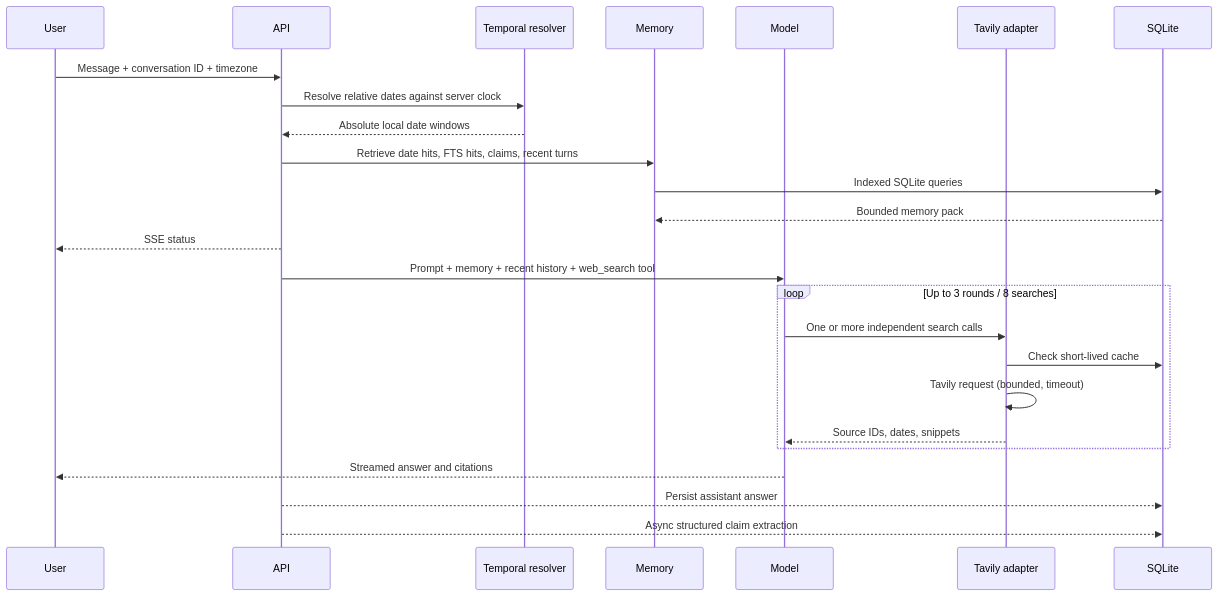
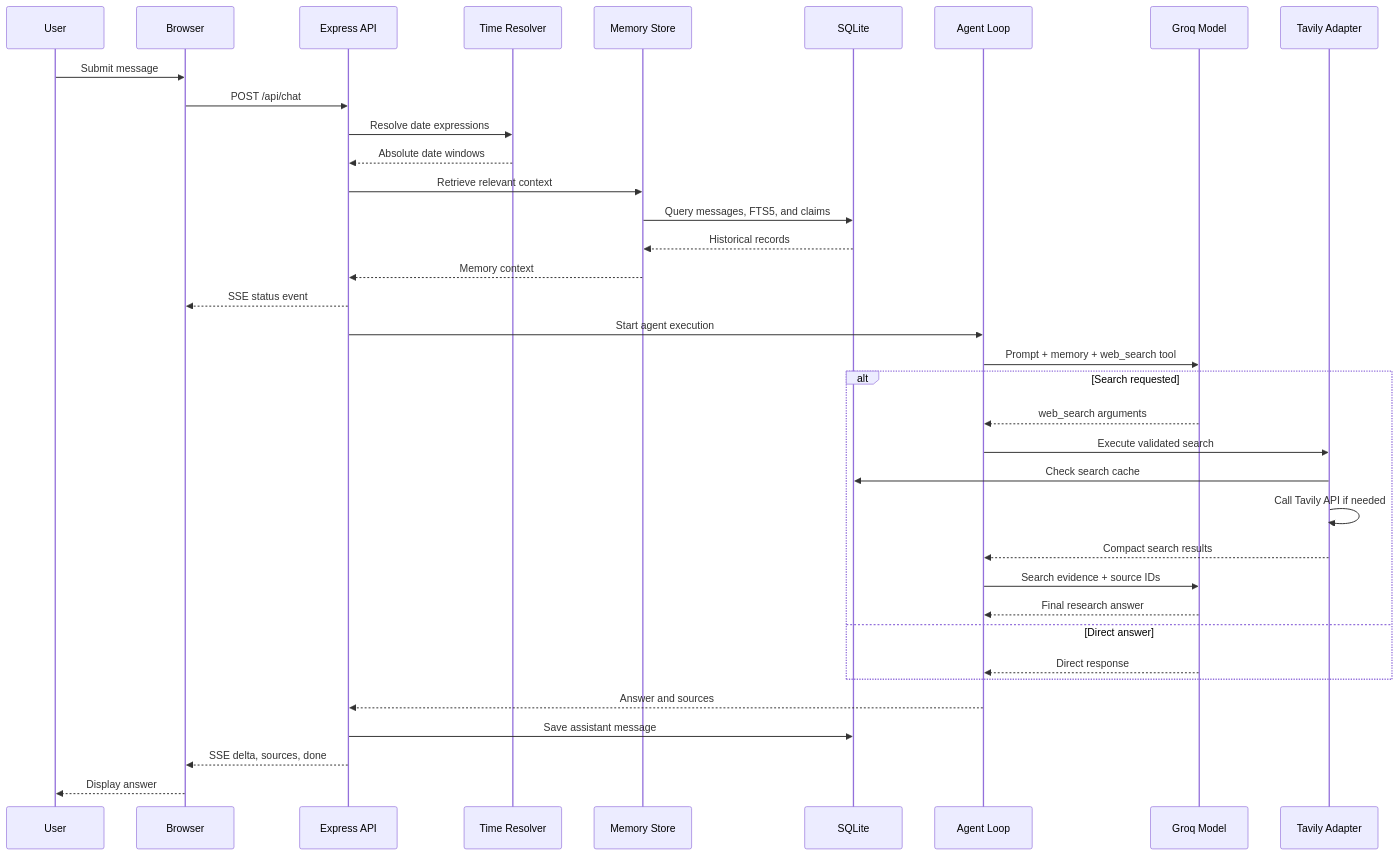
One commit to Prince-Koladiya09/minimi_agent changed the second of 5 diagrams in README.md. Above: the diagram before and after it, drawn with Mermaid. The commit also changed other lines of this file, not shown here.

````diff
--- a/README.md
+++ b/README.md
@@ -57,28 +265,45 @@
 ```mermaid
 sequenceDiagram
-  participant User
-  participant API
-  participant Time as Temporal resolver
-  participant Memory
-  participant Model
-  participant Search as Tavily adapter
-  participant DB as SQLite
+    participant User
+    participant UI as Browser
+    participant API as Express API
+    participant Time as Time Resolver
+    participant Memory as Memory Store
+    participant DB as SQLite
+    participant Agent as Agent Loop
+    participant Groq as Groq Model
+    participant Search as Tavily Adapter
 
-  User->>API: Message + conversation ID + timezone
-  API->>Time: Resolve relative dates against server clock
-  Time-->>API: Absolute local date windows
-  API->>Memory: Retrieve date hits, FTS hits, claims, recent turns
-  Memory->>DB: Indexed SQLite queries
-  DB-->>Memory: Bounded memory pack
-  API-->>User: SSE status
-  API->>Model: Prompt + memory + recent history + web_search tool
-  loop Up to 3 rounds / 8 searches
-    Model->>Search: One or more independent search calls
-    Search->>DB: Check short-lived cache
-    Search->>Search: Tavily request (bounded, timeout)
-    Search-->>Model: Source IDs, dates, snippets
-  end
-  Model-->>User: Streamed answer and citations
-  API-->>DB: Persist assistant answer
-  API-->>DB: Async structured claim extraction
+    User->>UI: Submit message
+    UI->>API: POST /api/chat
+
+    API->>Time: Resolve date expressions
+    Time-->>API: Absolute date windows
+
+    API->>Memory: Retrieve relevant context
+    Memory->>DB: Query messages, FTS5, and claims
+    DB-->>Memory: Historical records
+    Memory-->>API: Memory context
+
+    API-->>UI: SSE status event
+
+    API->>Agent: Start agent execution
+    Agent->>Groq: Prompt + memory + web_search tool
+
+    alt Search requested
+        Groq-->>Agent: web_search arguments
+        Agent->>Search: Execute validated search
+        Search->>DB: Check search cache
+        Search->>Search: Call Tavily API if needed
+        Search-->>Agent: Compact search results
+        Agent->>Groq: Search evidence + source IDs
+        Groq-->>Agent: Final research answer
+    else Direct answer
+        Groq-->>Agent: Direct response
+    end
+
+    Agent-->>API: Answer and sources
+    API->>DB: Save assistant message
+    API-->>UI: SSE delta, sources, done
+    UI-->>User: Display answer
 ```
````
